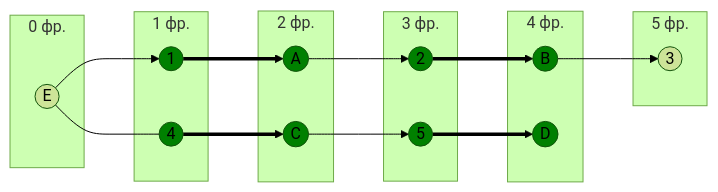
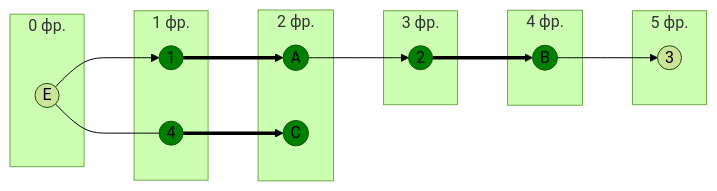
One commit to algos-ris-24-3/manual-tasks changed diagram 12 of 14 in Задание 8/syndicate.md. Above: the diagram before and after it, drawn with Mermaid (forest theme). The commit also changed other lines of this file, not shown here.

````diff
--- a/Задание 8/syndicate.md
+++ b/Задание 8/syndicate.md
@@ -492,38 +493,34 @@
 ```mermaid
 graph LR
     subgraph " 0 фр."
         E((E))
     end
     subgraph " 1 фр."
         1((1))
         4((4))
     end
     subgraph " 2 фр."
         A((A))
         C((C))
         
     end
     subgraph " 3 фр."
         2((2))
-        5((5))
     end
     subgraph " 4 фр."
         B((B))
-        D((D))
     end
     subgraph " 5 фр."
         3((3))
     end
     
     E --> 1 ==> A --> 2 ==> B --> 3
-    E --- 4 ==> C --> 5 ==> D
+    E --- 4 ==> C
     
     style A fill:#008000
     style B fill:#008000
     style C fill:#008000
-    style D fill:#008000
     style 1 fill:#008000
     style 2 fill:#008000
     style 4 fill:#008000
-    style 5 fill:#008000
 ```
````
